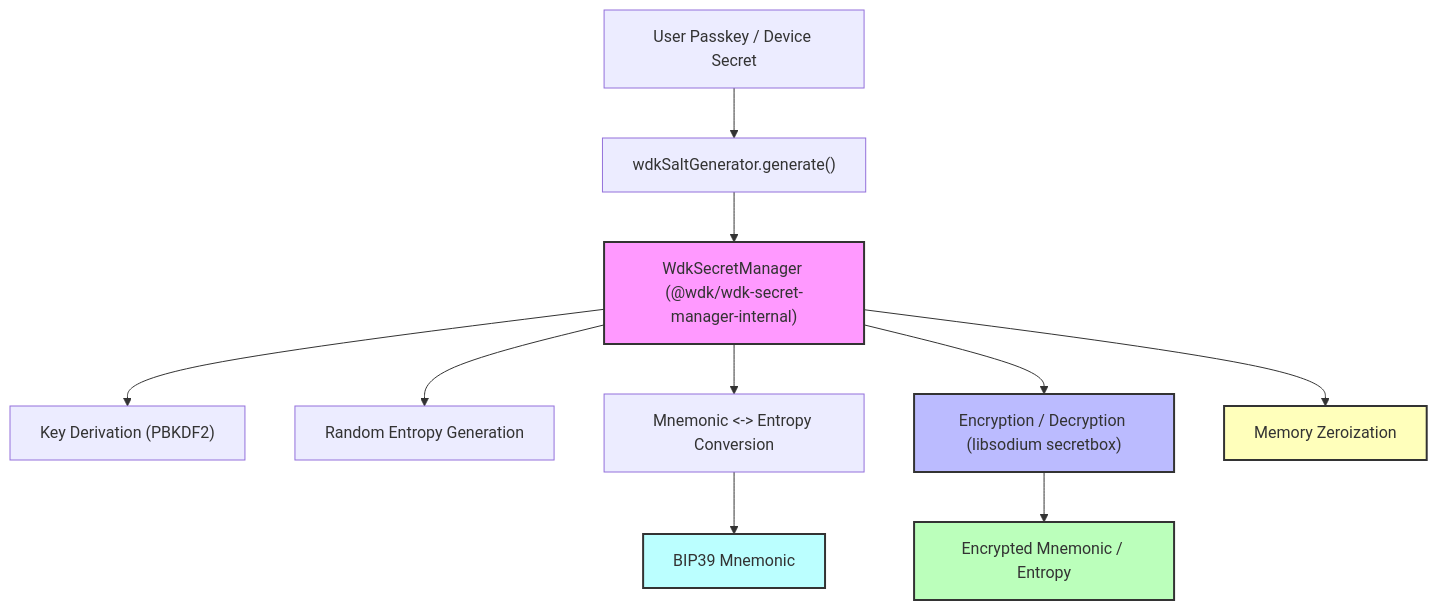
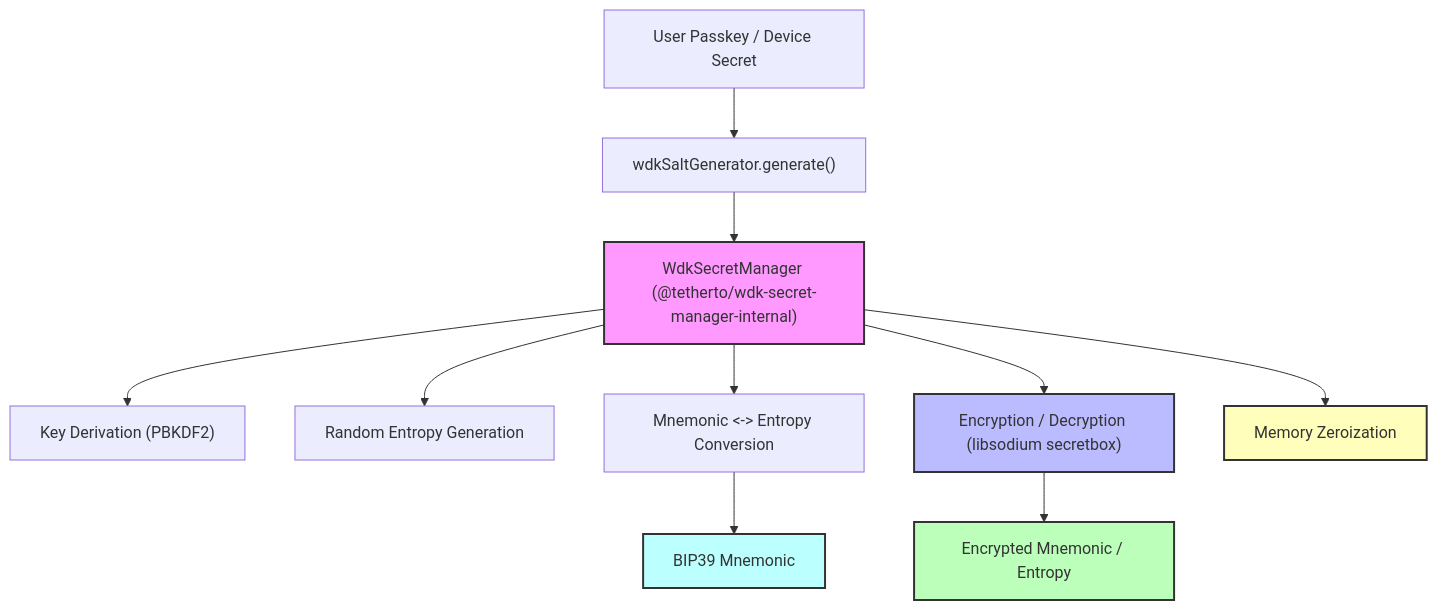
Before and after one commit to tetherto/wdk-docs: the diagram in documentation/secret-manager.md, drawn with Mermaid. The commit also changed other lines of this file and 53 other files, not shown here.

````diff
--- a/documentation/secret-manager.md
+++ b/documentation/secret-manager.md
@@ -230,17 +230,17 @@
 ```mermaid
 graph TD;
   A["User Passkey / Device Secret"] --> B["wdkSaltGenerator.generate()"]
-  B --> C["WdkSecretManager (@wdk/wdk-secret-manager-internal)"]
+  B --> C["WdkSecretManager (@tetherto/wdk-secret-manager-internal)"]
   C --> D["Key Derivation (PBKDF2)"]
   C --> E["Random Entropy Generation"]
   C --> F["Mnemonic <-> Entropy Conversion"]
   C --> G["Encryption / Decryption (libsodium secretbox)"]
   G --> H["Encrypted Mnemonic / Entropy"]
   F --> I["BIP39 Mnemonic"]
   C --> J["Memory Zeroization"]
   style C fill:#f9f,stroke:#333,stroke-width:2px
   style G fill:#bbf,stroke:#333,stroke-width:2px
   style H fill:#bfb,stroke:#333,stroke-width:2px
   style I fill:#bff,stroke:#333,stroke-width:2px
   style J fill:#ffb,stroke:#333,stroke-width:2px
 ```
````
